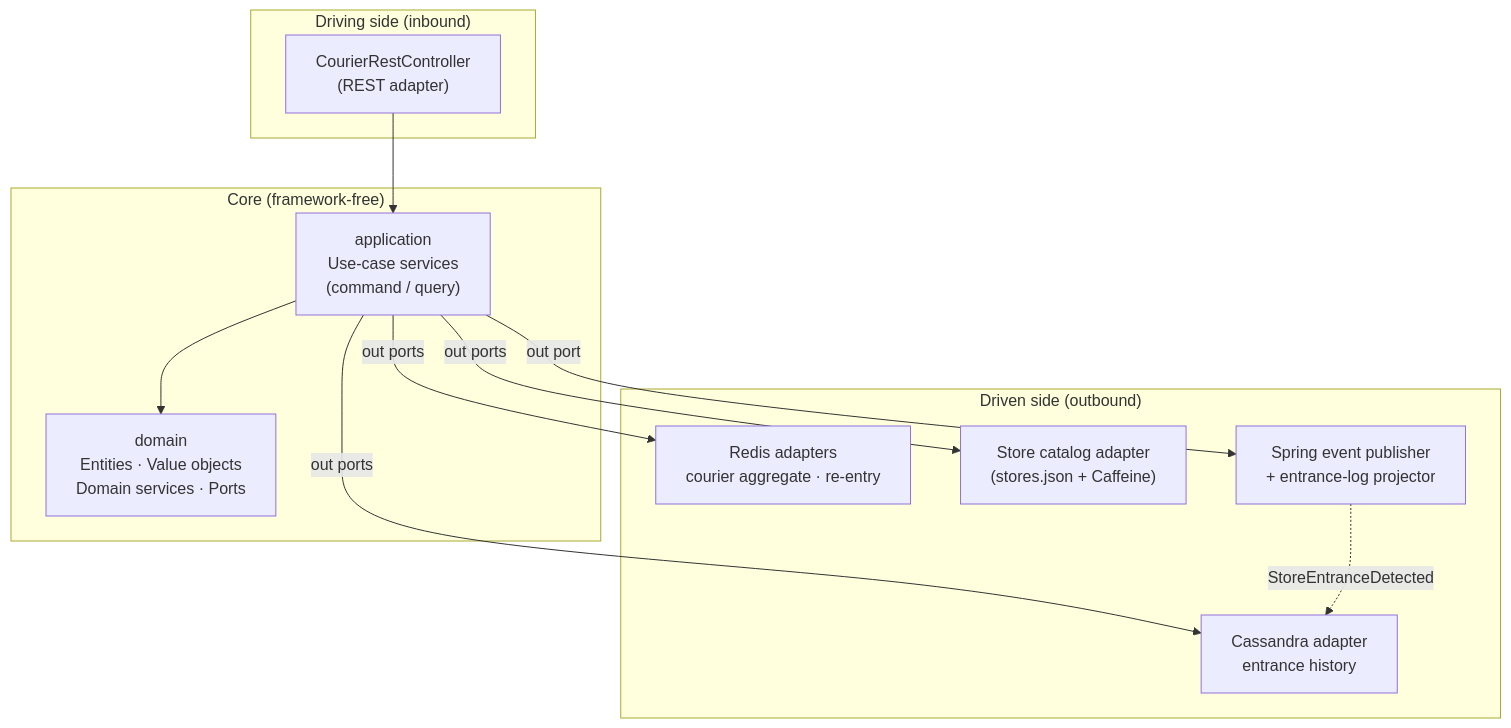
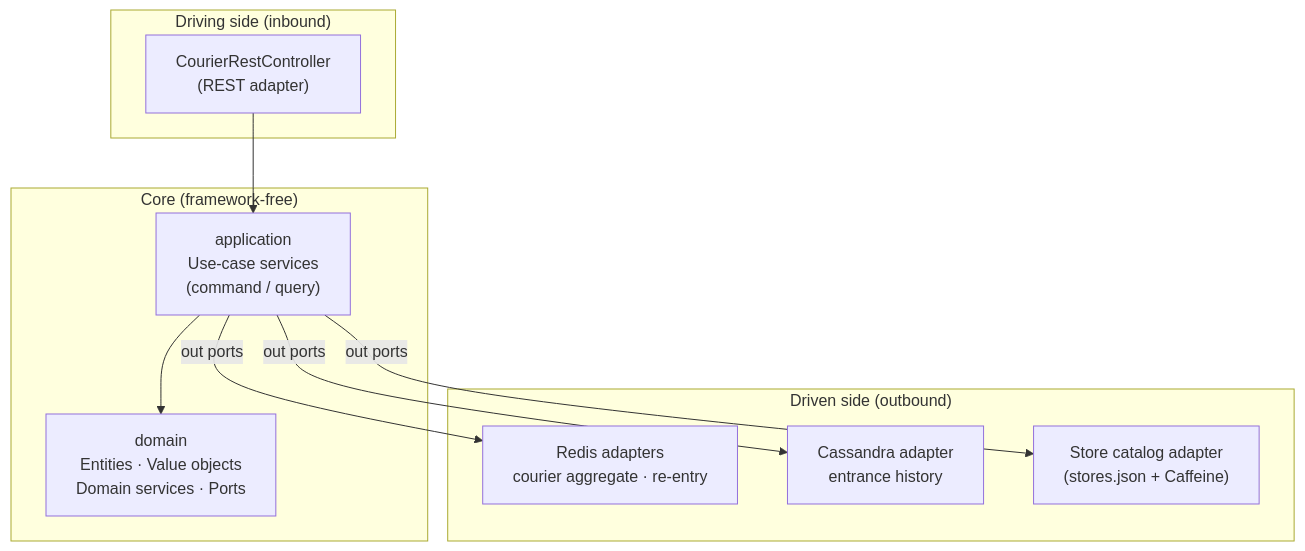
One commit to cangut/courier-tracking changed the first of 2 diagrams in README.md. Above: the diagram before and after it, drawn with Mermaid. The commit also changed other lines of this file and 8 other files, not shown here.

````diff
--- a/README.md
+++ b/README.md
@@ -65,25 +65,22 @@
 ```mermaid
 flowchart TB
     subgraph IN["Driving side (inbound)"]
         REST["CourierRestController<br/>(REST adapter)"]
     end
 
     subgraph CORE["Core (framework-free)"]
         APP["application<br/>Use-case services<br/>(command / query)"]
         DOM["domain<br/>Entities · Value objects<br/>Domain services · Ports"]
     end
 
     subgraph OUT["Driven side (outbound)"]
         REDIS_A["Redis adapters<br/>courier aggregate · re-entry"]
         CASS_A["Cassandra adapter<br/>entrance history"]
         STORE_A["Store catalog adapter<br/>(stores.json + Caffeine)"]
-        EVT["Spring event publisher<br/>+ entrance-log projector"]
     end
 
     REST --> APP --> DOM
     APP -->|out ports| REDIS_A
     APP -->|out ports| CASS_A
     APP -->|out ports| STORE_A
-    APP -->|out port| EVT
-    EVT -.->|StoreEntranceDetected| CASS_A
 ```
````
